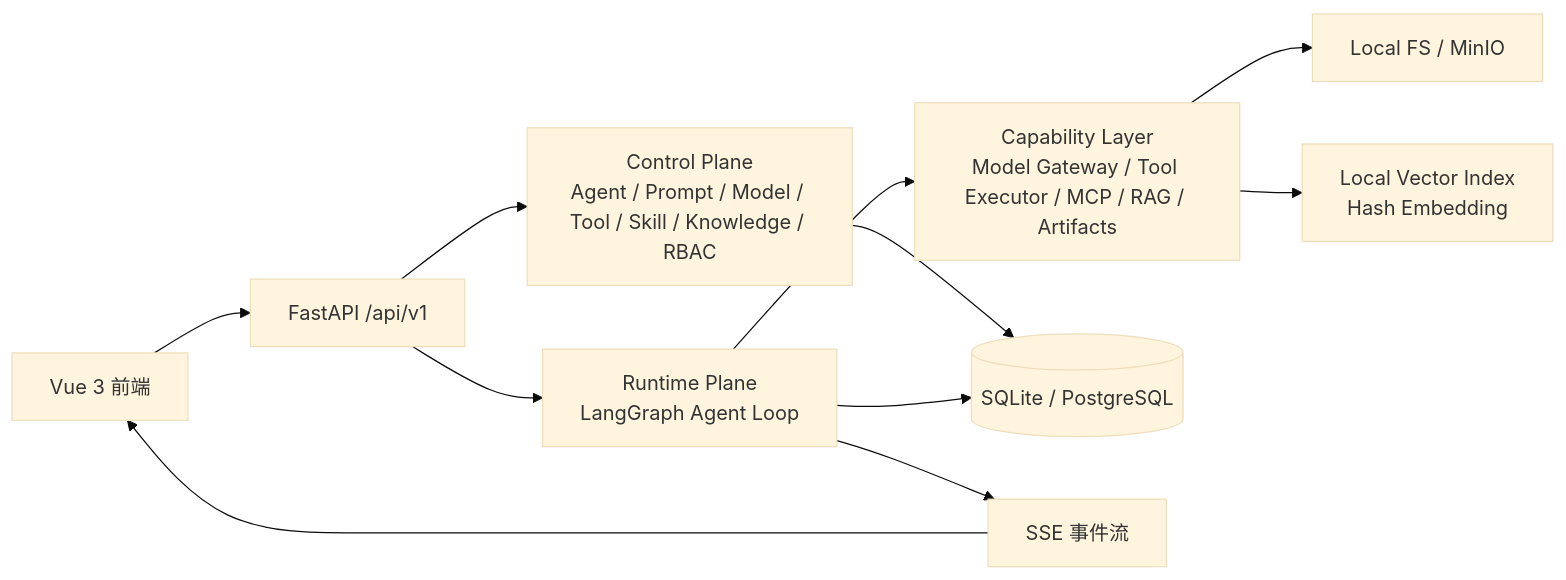
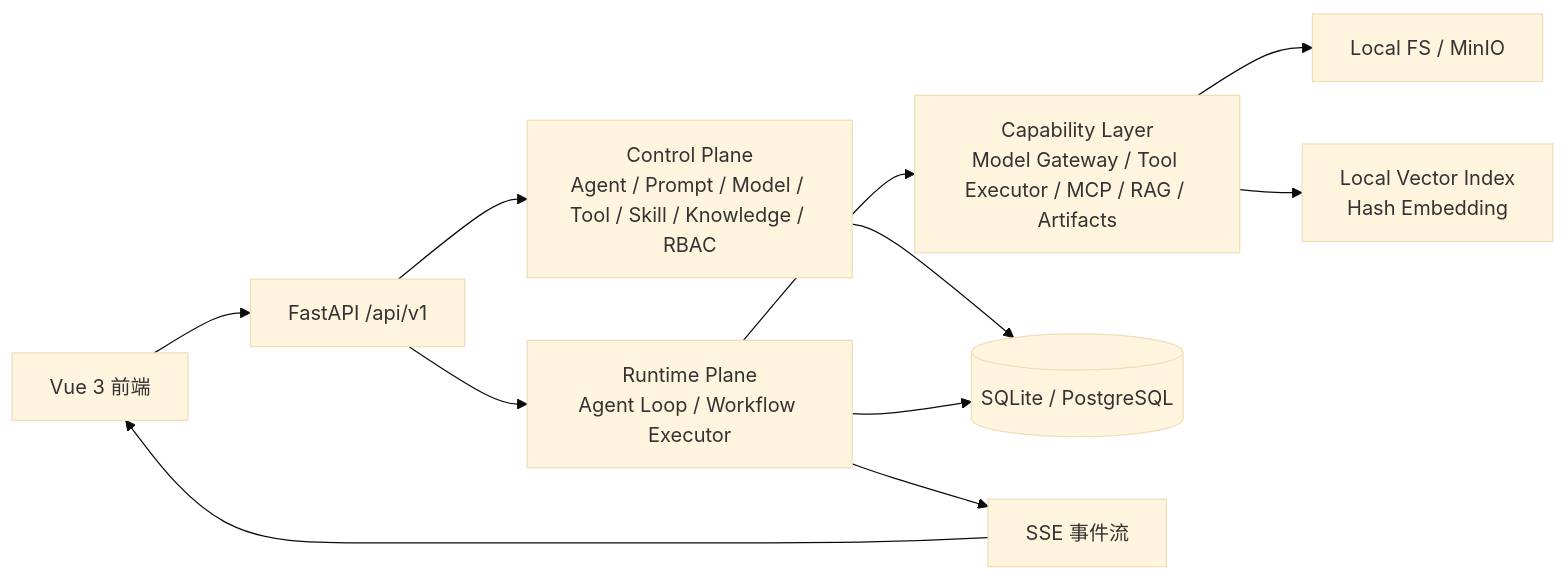
Before and after one commit to FlyingBassHot/enterprise-agent-platform: the diagram in README.md, drawn with Mermaid (base theme). The commit also changed other lines of this file and 37 other files, not shown here.

First line of the commit message:
feat: phase 4 workflow definitions, executor and agent modes

````diff
--- a/README.md
+++ b/README.md
@@ -13,13 +13,13 @@
 ```mermaid
 flowchart LR
   UI[Vue 3 前端] --> API[FastAPI /api/v1]
   API --> CP[Control Plane\nAgent / Prompt / Model / Tool / Skill / Knowledge / RBAC]
-  API --> RT[Runtime Plane\nLangGraph Agent Loop]
+  API --> RT[Runtime Plane\nAgent Loop / Workflow Executor]
   RT --> CAP[Capability Layer\nModel Gateway / Tool Executor / MCP / RAG / Artifacts]
   CP --> DB[(SQLite / PostgreSQL)]
   RT --> DB
   CAP --> FS[Local FS / MinIO]
   CAP --> VEC[Local Vector Index\nHash Embedding]
   RT --> SSE[SSE 事件流]
   SSE --> UI
 ```
````
